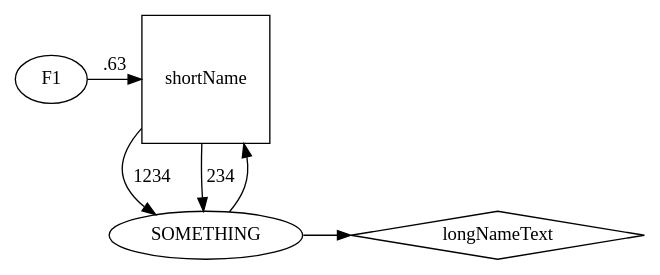
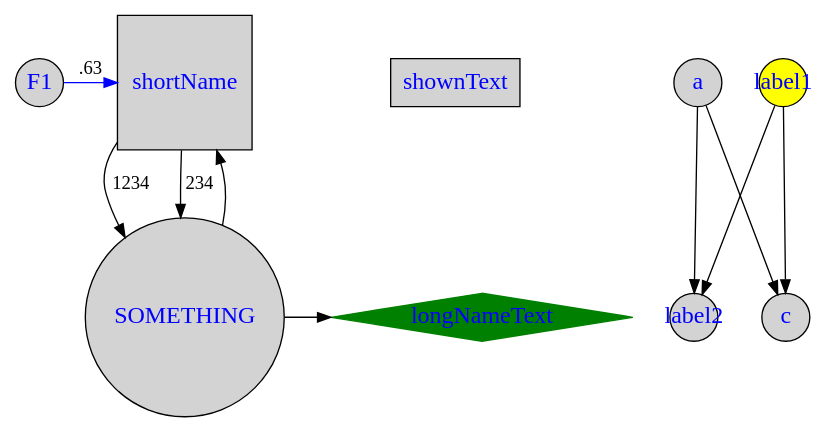
Before and after one commit to tp2124/graph-viz-explore: the diagram in manual.dot, drawn with Graphviz. The commit also changed 1 other file, not shown here.

Commit message:
Adding general styling for nodes. Adding more examples from documentation.

```diff
--- a/manual.dot
+++ b/manual.dot
@@ -1,18 +1,27 @@
 digraph G {
     // splines="FALSE";
 
     /* Entities */
+    // General styling
+    node [margin=0 fontcolor=blue fontsize=18 width=0.5 shape=circle style=filled]
+    // Data
     shortName [label="shortName", shape="square"]
-    longName [label="longNameText", shape="diamond"]
+    longName [label="longNameText", shape="diamond", color="green"]
+    dopeName [label="shownText", shape="polygon"]
+    b [fillcolor=yellow fixedsize=true label="label1"]
+    d [fixedsize=shape label="label2"]
     
     /* Relationships */
-    F1 -> shortName[label=".63"]
+    F1 -> shortName[label=".63" color="blue"]
     SOMETHING -> longName
-    SOMETHING -> shortName
+    SOMETHING -> shortName[arrow="crow"]
     shortName -> SOMETHING[label="1234"]
     shortName -> SOMETHING[label="234"]
+
+    a -> {c d}
+    b -> {c d}
 
     /* Ranks */
     { rank=same; shortName; F1;};
     { rank=same; longName; SOMETHING;};
 }
```
